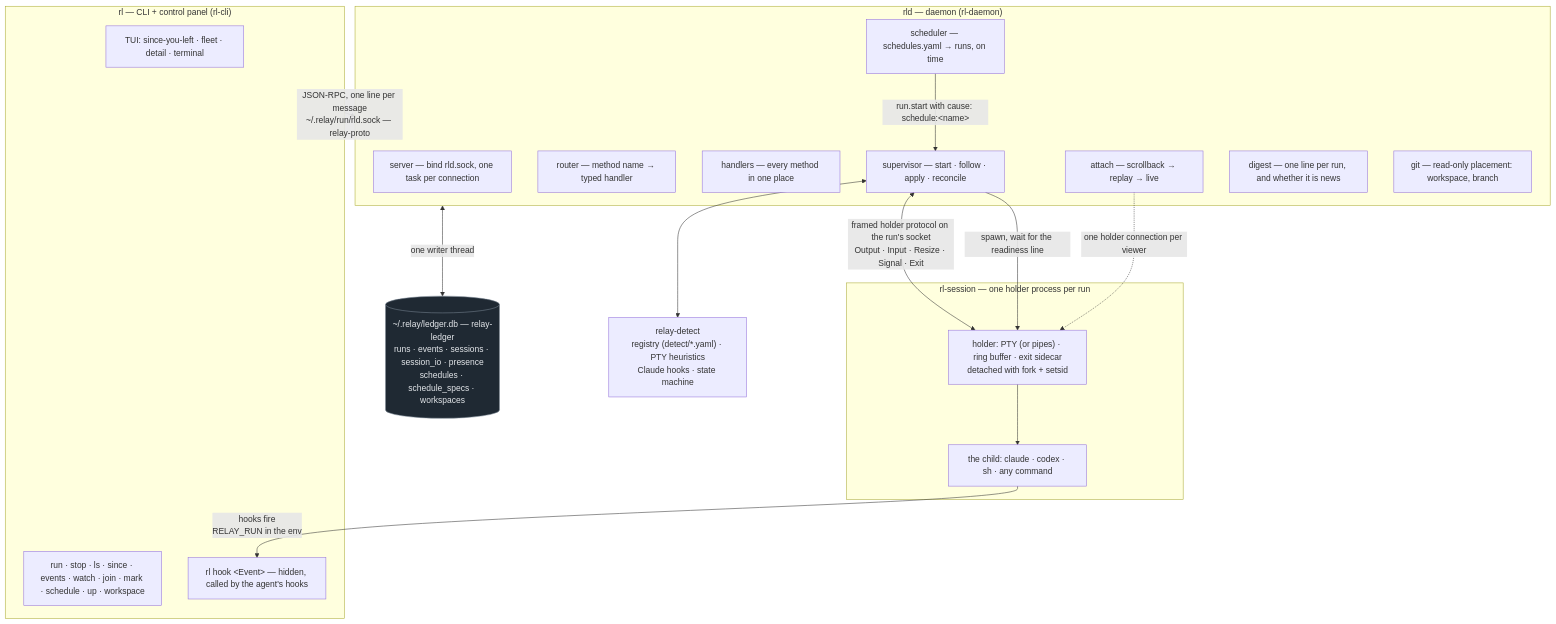
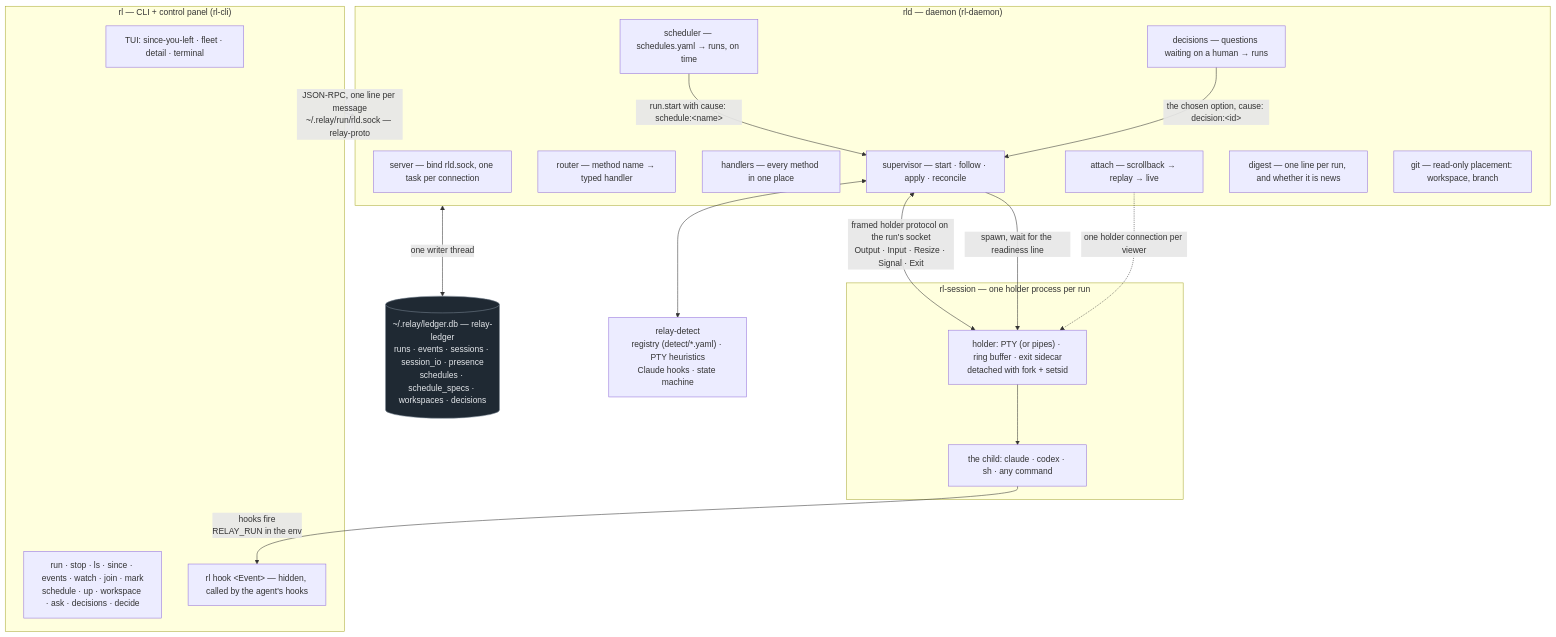
The first of 6 diagrams in docs/ARCHITECTURE.md (instilled/relay), drawn with Mermaid before and after one commit. The commit also changed other lines of this file and 23 other files, not shown here.

Commit message:
Decisions: rl ask / rl decisions / rl decide, options that start runs (#15)

````diff
--- a/docs/ARCHITECTURE.md
+++ b/docs/ARCHITECTURE.md
@@ -16,42 +16,44 @@
 ```mermaid
 flowchart TB
     subgraph cli["rl — CLI + control panel (rl-cli)"]
         tui["TUI: since-you-left · fleet · detail · terminal"]
-        cmds["run · stop · ls · since · events · watch · join · mark · schedule · up · workspace"]
+        cmds["run · stop · ls · since · events · watch · join · mark<br/>schedule · up · workspace · ask · decisions · decide"]
         hookcmd["rl hook &lt;Event&gt; — hidden, called by the agent's hooks"]
     end
 
     subgraph rld["rld — daemon (rl-daemon)"]
         server["server — bind rld.sock, one task per connection"]
         router["router — method name → typed handler"]
         handlers["handlers — every method in one place"]
         sup["supervisor — start · follow · apply · reconcile"]
         sched["scheduler — schedules.yaml → runs, on time"]
+        dec["decisions — questions waiting on a human → runs"]
         attach["attach — scrollback → replay → live"]
         digest["digest — one line per run, and whether it is news"]
         gitm["git — read-only placement: workspace, branch"]
     end
 
     subgraph holder["rl-session — one holder process per run"]
         h["holder: PTY (or pipes) · ring buffer · exit sidecar<br/>detached with fork + setsid"]
         child["the child: claude · codex · sh · any command"]
     end
 
     detect["relay-detect<br/>registry (detect/*.yaml) · PTY heuristics<br/>Claude hooks · state machine"]
-    db[("~/.relay/ledger.db — relay-ledger<br/>runs · events · sessions · session_io · presence<br/>schedules · schedule_specs · workspaces")]
+    db[("~/.relay/ledger.db — relay-ledger<br/>runs · events · sessions · session_io · presence<br/>schedules · schedule_specs · workspaces · decisions")]
 
     cli -->|"JSON-RPC, one line per message<br/>~/.relay/run/rld.sock — relay-proto"| rld
     child -->|"hooks fire<br/>RELAY_RUN in the env"| hookcmd
 
     sup -->|"spawn, wait for the readiness line"| h
     sup <-->|"framed holder protocol on the run's socket<br/>Output · Input · Resize · Signal · Exit"| h
     sched -->|"run.start with cause: schedule:&lt;name&gt;"| sup
+    dec -->|"the chosen option, cause: decision:&lt;id&gt;"| sup
     attach -.->|"one holder connection per viewer"| h
     h --> child
 
     sup <--> detect
     rld <-->|"one writer thread"| db
 
     classDef store fill:#1f2933,stroke:#7b8794,color:#e4e7eb
     class db store
 ```
````
